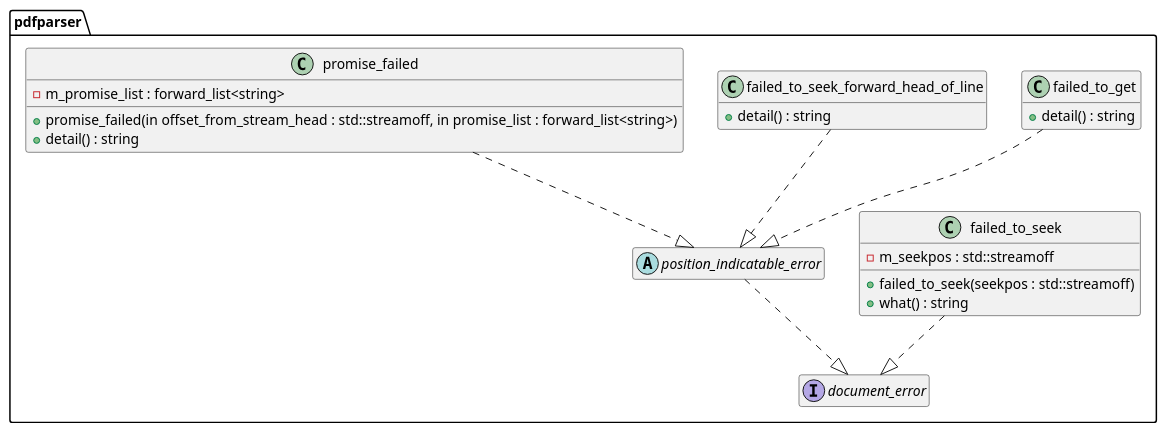
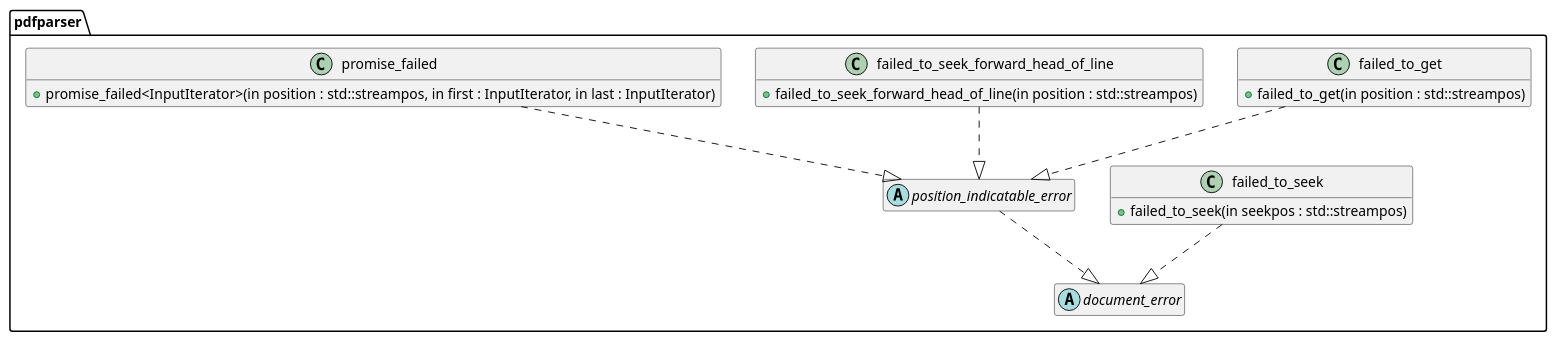
One commit to KodaiYM/PDFReader changed the diagram in document/document_reader/ipdfstream/object_stream/tokenizer/istream_extended/istream_extended_errors.class.pu. Above: the diagram before and after it, drawn with PlantUML. The commit also changed 74 other files, not shown here.

```diff
--- a/document/document_reader/ipdfstream/object_stream/tokenizer/istream_extended/istream_extended_errors.class.pu
+++ b/document/document_reader/ipdfstream/object_stream/tokenizer/istream_extended/istream_extended_errors.class.pu
@@ -1,32 +1,28 @@
 @startuml istream_extended_errors
 hide empty members
 namespace pdfparser {
 class failed_to_get {
-	+detail() : string
+	+failed_to_get(in position : std::streampos)
 }
 failed_to_get ..|> position_indicatable_error
 
 class failed_to_seek {
-	-m_seekpos : std::streamoff
-	+failed_to_seek(seekpos : std::streamoff)
-	+what() : string
+	+failed_to_seek(in seekpos : std::streampos)
 }
 failed_to_seek ..|> document_error
 
 class failed_to_seek_forward_head_of_line {
-	+detail() : string
+	+failed_to_seek_forward_head_of_line(in position : std::streampos)
 }
 failed_to_seek_forward_head_of_line ..|> position_indicatable_error
 
 class promise_failed {
-	-m_promise_list : forward_list<string>
-	+promise_failed(in offset_from_stream_head : std::streamoff, in promise_list : forward_list<string>)
-	+detail() : string
+	+promise_failed<InputIterator>(in position : std::streampos, in first : InputIterator, in last : InputIterator)
 }
 promise_failed ..|> position_indicatable_error
 
-interface document_error {}
+abstract document_error {}
 abstract position_indicatable_error {}
 position_indicatable_error ..|> document_error
 }
 @enduml
```
